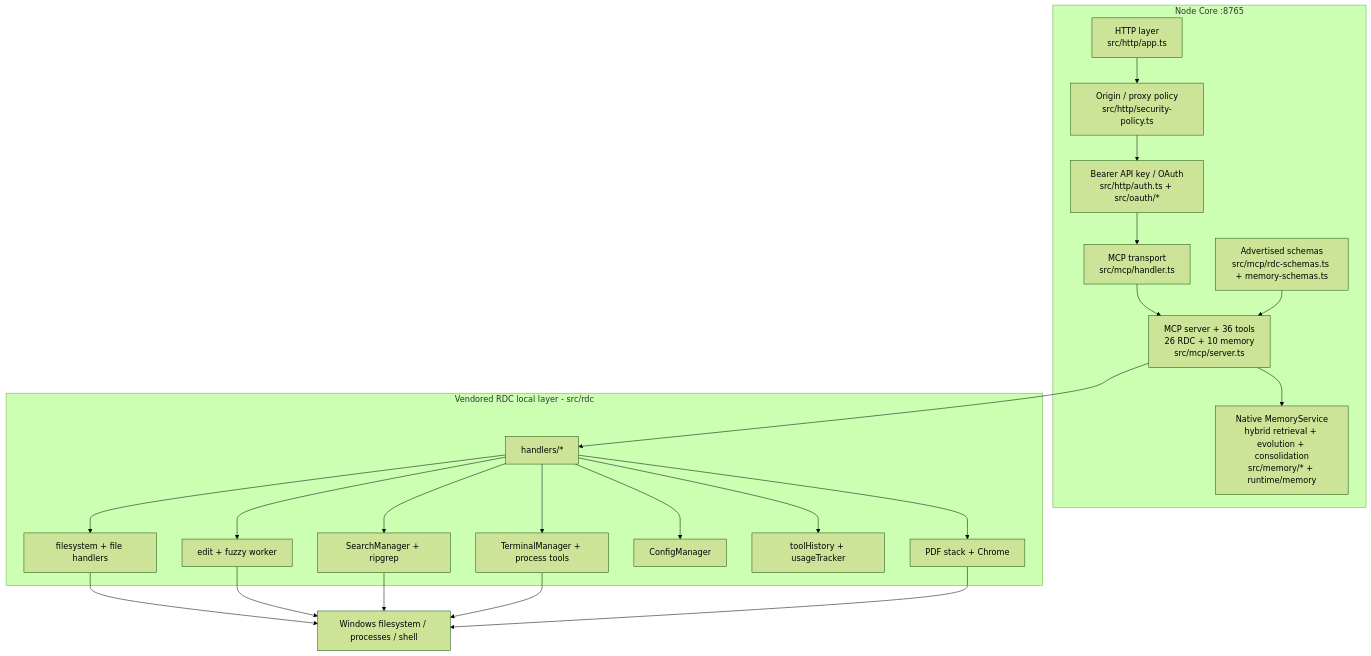
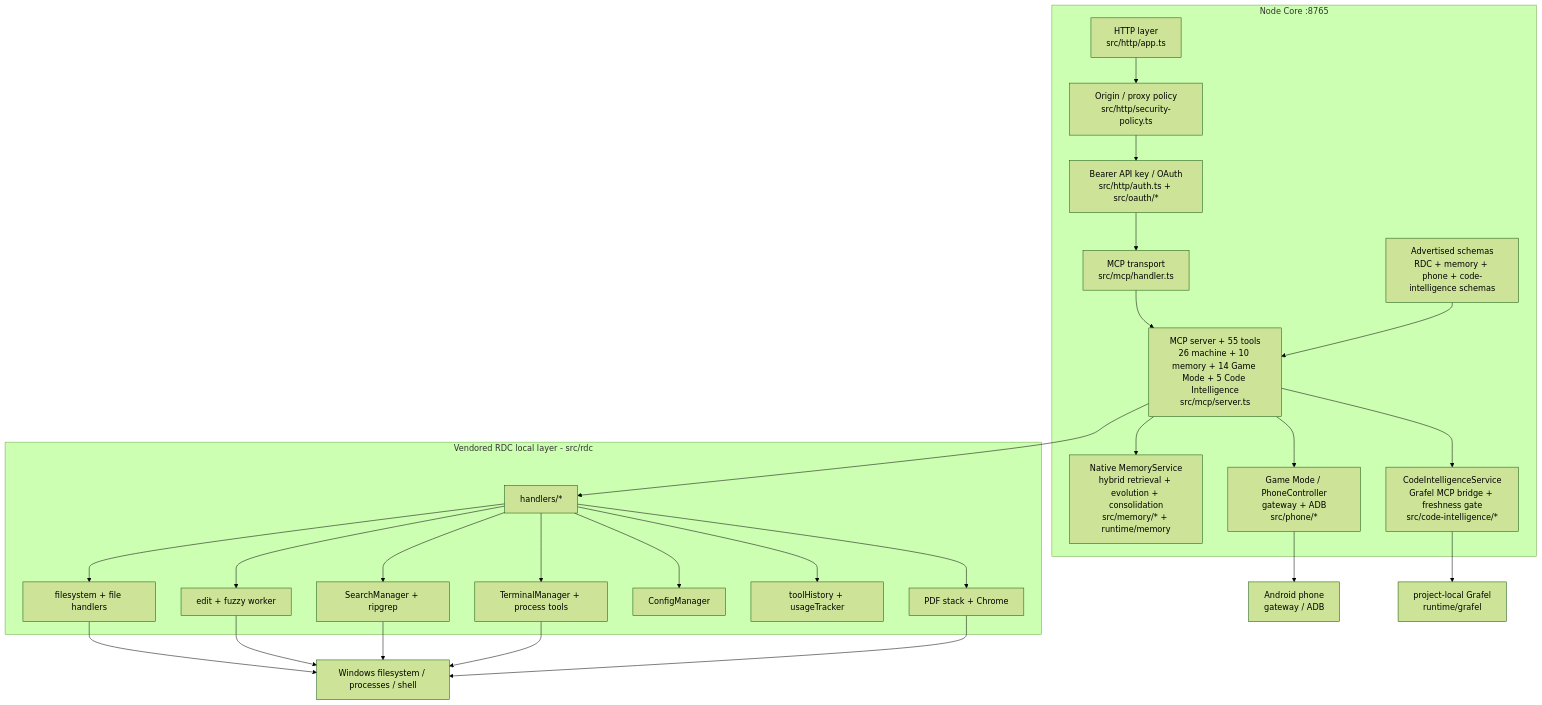
The second of 7 diagrams in docs/CODEBASE.md (Black-Project-Agent-Core/Agent-Core), drawn with Mermaid (forest theme) before and after one commit. The commit also changed other lines of this file and 816 other files, not shown here.

````diff
--- a/docs/CODEBASE.md
+++ b/docs/CODEBASE.md
@@ -2078,31 +2589,37 @@
 ```mermaid
 flowchart TB
   subgraph NODE["Node Core :8765"]
     HTTP["HTTP layer<br/>src/http/app.ts"]
     AUTH["Bearer API key / OAuth<br/>src/http/auth.ts + src/oauth/*"]
     SEC["Origin / proxy policy<br/>src/http/security-policy.ts"]
     MCP["MCP transport<br/>src/mcp/handler.ts"]
-    SRV["MCP server + 36 tools<br/>26 RDC + 10 memory<br/>src/mcp/server.ts"]
-    SCH["Advertised schemas<br/>src/mcp/rdc-schemas.ts + memory-schemas.ts"]
+    SRV["MCP server + 55 tools<br/>26 machine + 10 memory + 14 Game Mode + 5 Code Intelligence<br/>src/mcp/server.ts"]
+    SCH["Advertised schemas<br/>RDC + memory + phone + code-intelligence schemas"]
     MEM["Native MemoryService<br/>hybrid retrieval + evolution + consolidation<br/>src/memory/* + runtime/memory"]
+    PHONE["Game Mode / PhoneController<br/>gateway + ADB<br/>src/phone/*"]
+    CODE["CodeIntelligenceService<br/>Grafel MCP bridge + freshness gate<br/>src/code-intelligence/*"]
   end
 
   subgraph RDC["Vendored RDC local layer - src/rdc"]
     H["handlers/*"]
     FS["filesystem + file handlers"]
     ED["edit + fuzzy worker"]
     SE["SearchManager + ripgrep"]
     TM["TerminalManager + process tools"]
     CFG["ConfigManager"]
     HIST["toolHistory + usageTracker"]
     PDF["PDF stack + Chrome"]
   end
 
   OS["Windows filesystem / processes / shell"]
   HTTP --> SEC --> AUTH --> MCP --> SRV
   SCH --> SRV
   SRV --> MEM
+  SRV --> PHONE
+  SRV --> CODE
   SRV --> H
   H --> FS & ED & SE & TM & CFG & HIST & PDF
   FS & ED & SE & TM & PDF --> OS
+  PHONE --> ANDROID["Android phone<br/>gateway / ADB"]
+  CODE --> GRAFEL["project-local Grafel<br/>runtime/grafel"]
 ```
````
